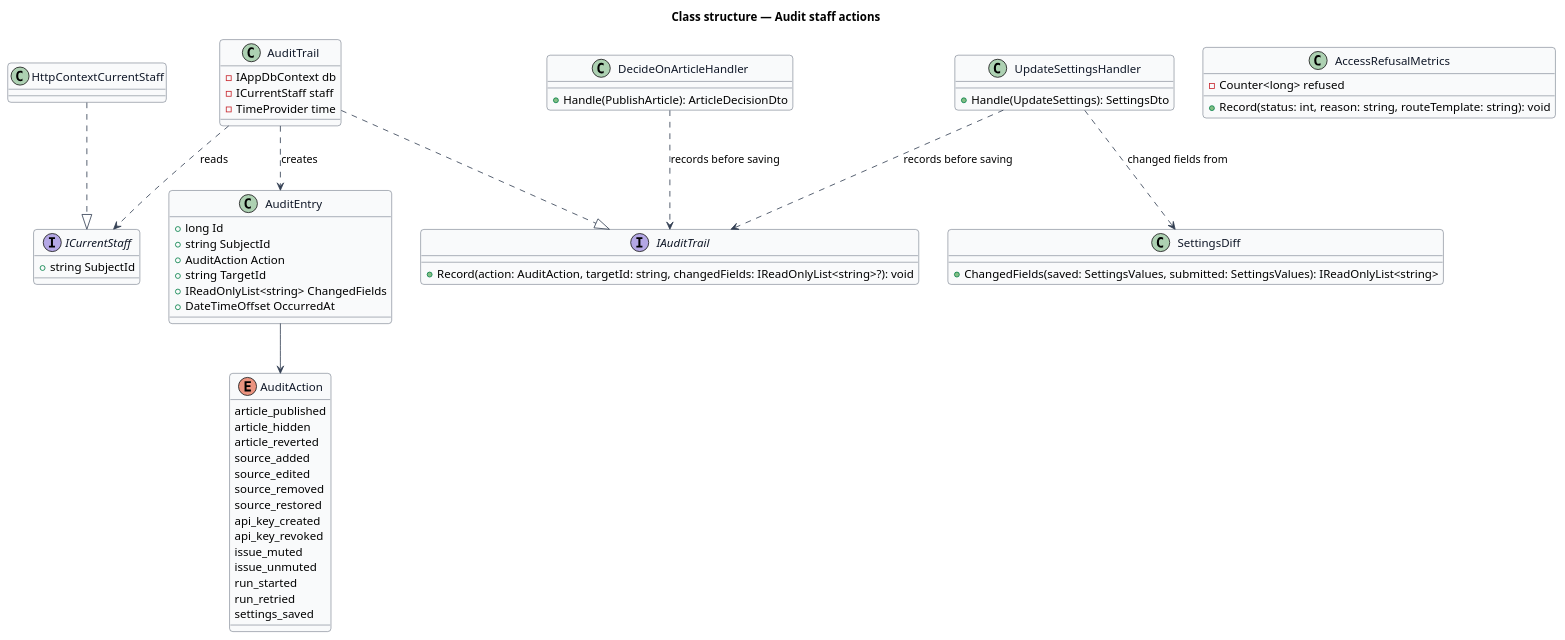
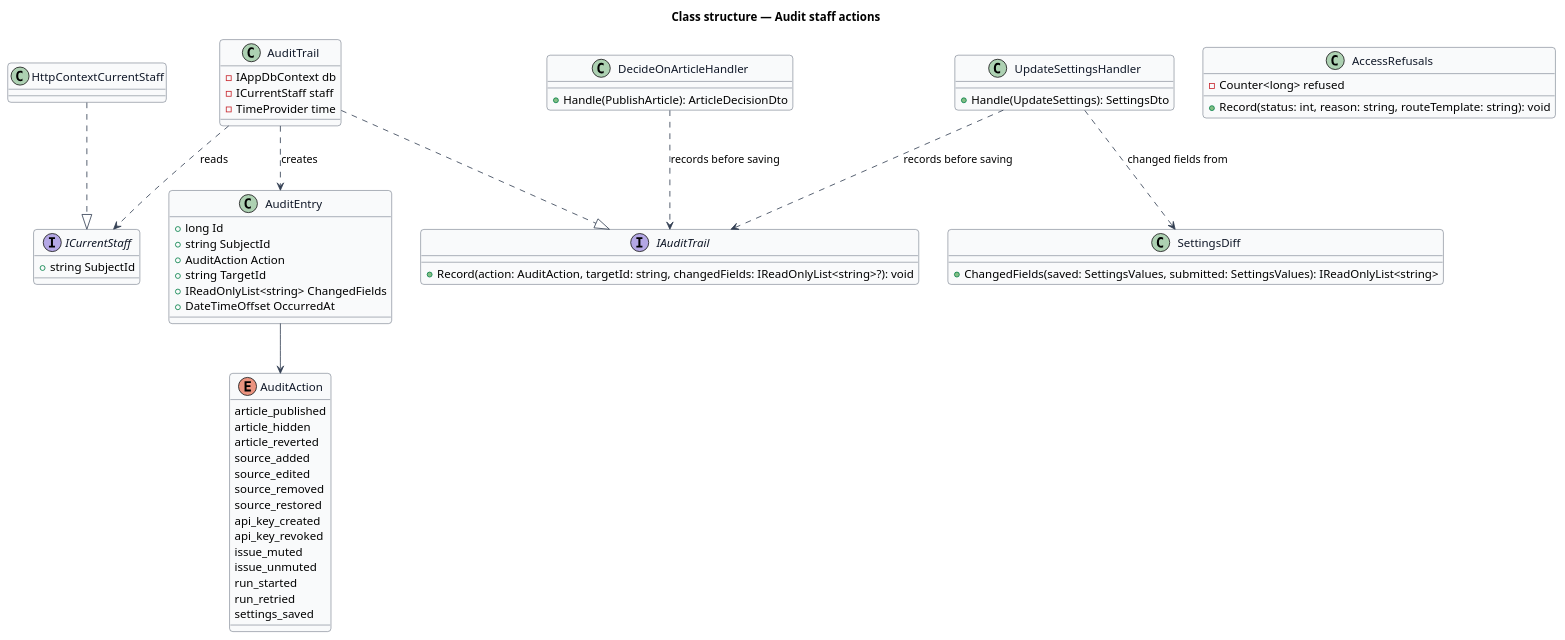
Before and after one commit to QuinntyneBrown/keryx: the diagram in docs/detailed-designs/operations/audit-staff-actions/diagrams/class-structure.puml, drawn with PlantUML. The commit also changed 12 other files, not shown here.

```diff
--- a/docs/detailed-designs/operations/audit-staff-actions/diagrams/class-structure.puml
+++ b/docs/detailed-designs/operations/audit-staff-actions/diagrams/class-structure.puml
@@ -1,74 +1,74 @@
 @startuml
 ' --- shared skin header ---
 skinparam backgroundColor #FFFFFF
 skinparam shadowing false
 skinparam roundcorner 8
 skinparam defaultFontName Arial
 skinparam ArrowColor #344054
 skinparam class {
   BorderColor #344054
   FontColor #101828
   BackgroundColor #F9FAFB
 }
 ' --------------------------
 title Class structure — Audit staff actions
 
 interface IAuditTrail {
   +Record(action: AuditAction, targetId: string, changedFields: IReadOnlyList<string>?): void
 }
 class AuditTrail {
   -IAppDbContext db
   -ICurrentStaff staff
   -TimeProvider time
 }
 class DecideOnArticleHandler {
   +Handle(PublishArticle): ArticleDecisionDto
 }
 class UpdateSettingsHandler {
   +Handle(UpdateSettings): SettingsDto
 }
 interface ICurrentStaff {
   +string SubjectId
 }
 class HttpContextCurrentStaff
 class AuditEntry {
   +long Id
   +string SubjectId
   +AuditAction Action
   +string TargetId
   +IReadOnlyList<string> ChangedFields
   +DateTimeOffset OccurredAt
 }
 enum AuditAction {
   article_published
   article_hidden
   article_reverted
   source_added
   source_edited
   source_removed
   source_restored
   api_key_created
   api_key_revoked
   issue_muted
   issue_unmuted
   run_started
   run_retried
   settings_saved
 }
 class SettingsDiff {
   +ChangedFields(saved: SettingsValues, submitted: SettingsValues): IReadOnlyList<string>
 }
-class AccessRefusalMetrics {
+class AccessRefusals {
   -Counter<long> refused
   +Record(status: int, reason: string, routeTemplate: string): void
 }
 
 AuditTrail ..|> IAuditTrail
 DecideOnArticleHandler ..> IAuditTrail : records before saving
 UpdateSettingsHandler ..> IAuditTrail : records before saving
 AuditTrail ..> ICurrentStaff : reads
 AuditTrail ..> AuditEntry : creates
 AuditEntry --> AuditAction
 HttpContextCurrentStaff ..|> ICurrentStaff
 UpdateSettingsHandler ..> SettingsDiff : changed fields from
 @enduml
```
